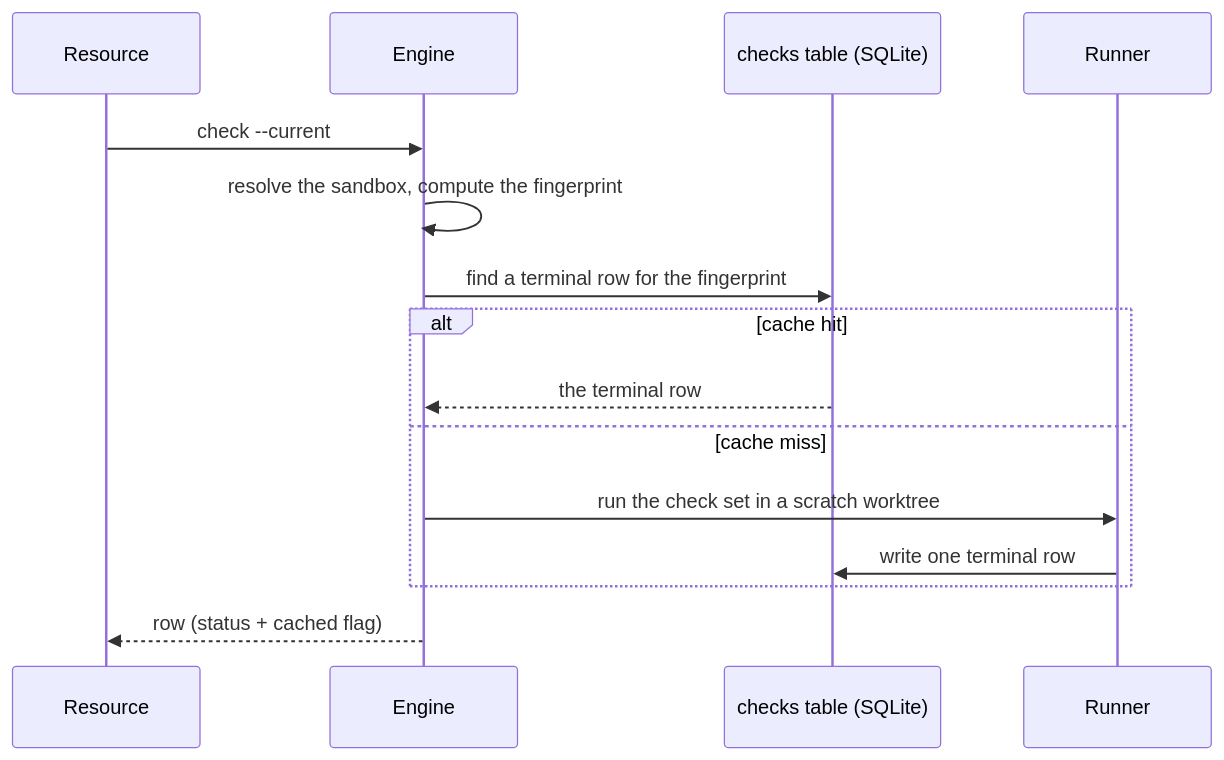
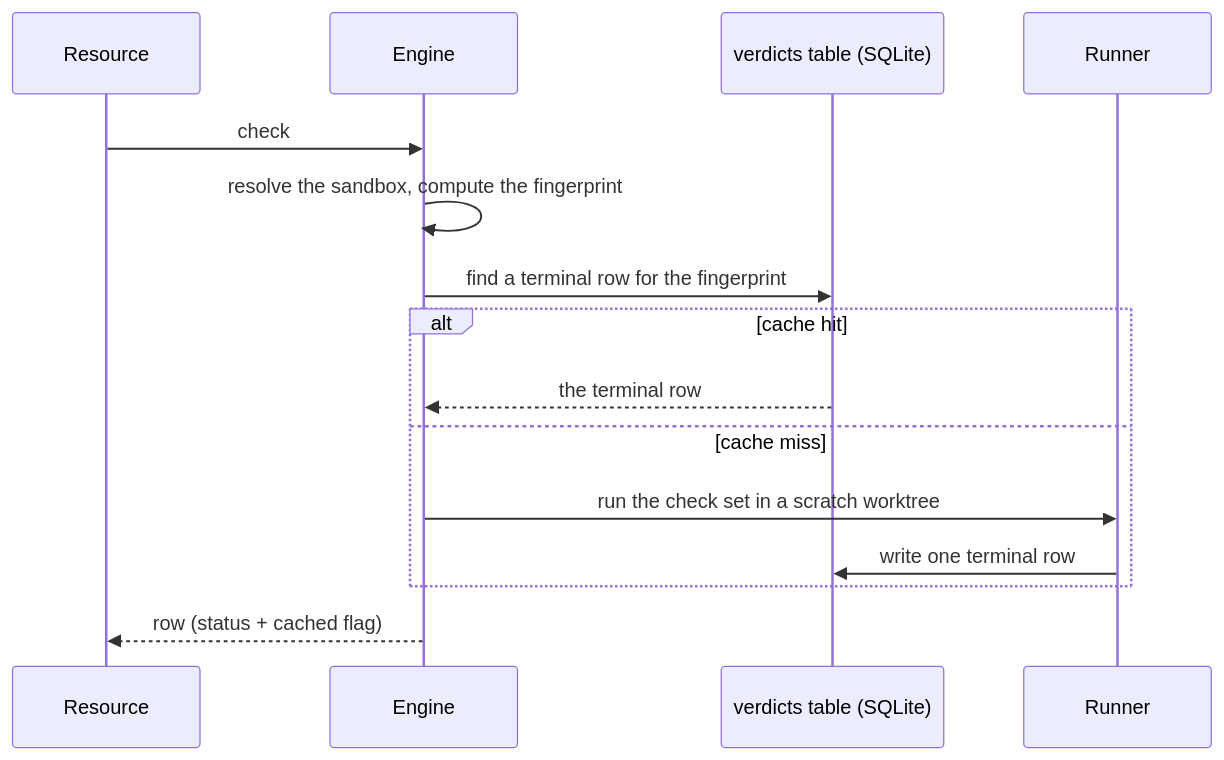
The seventh of 10 diagrams in docs/architecture.md (ming6ao/sliceme), drawn with Mermaid before and after one commit. The commit also changed other lines of this file and 58 other files, not shown here.

````diff
--- a/docs/architecture.md
+++ b/docs/architecture.md
@@ -313,17 +317,17 @@
 ```mermaid
 sequenceDiagram
   participant R as Resource
   participant E as Engine
-  participant Q as checks table (SQLite)
+  participant Q as verdicts table (SQLite)
   participant X as Runner
-  R->>E: check --current
+  R->>E: check
   E->>E: resolve the sandbox, compute the fingerprint
   E->>Q: find a terminal row for the fingerprint
   alt cache hit
     Q-->>E: the terminal row
   else cache miss
     E->>X: run the check set in a scratch worktree
     X->>Q: write one terminal row
   end
   E-->>R: row (status + cached flag)
 ```
````
